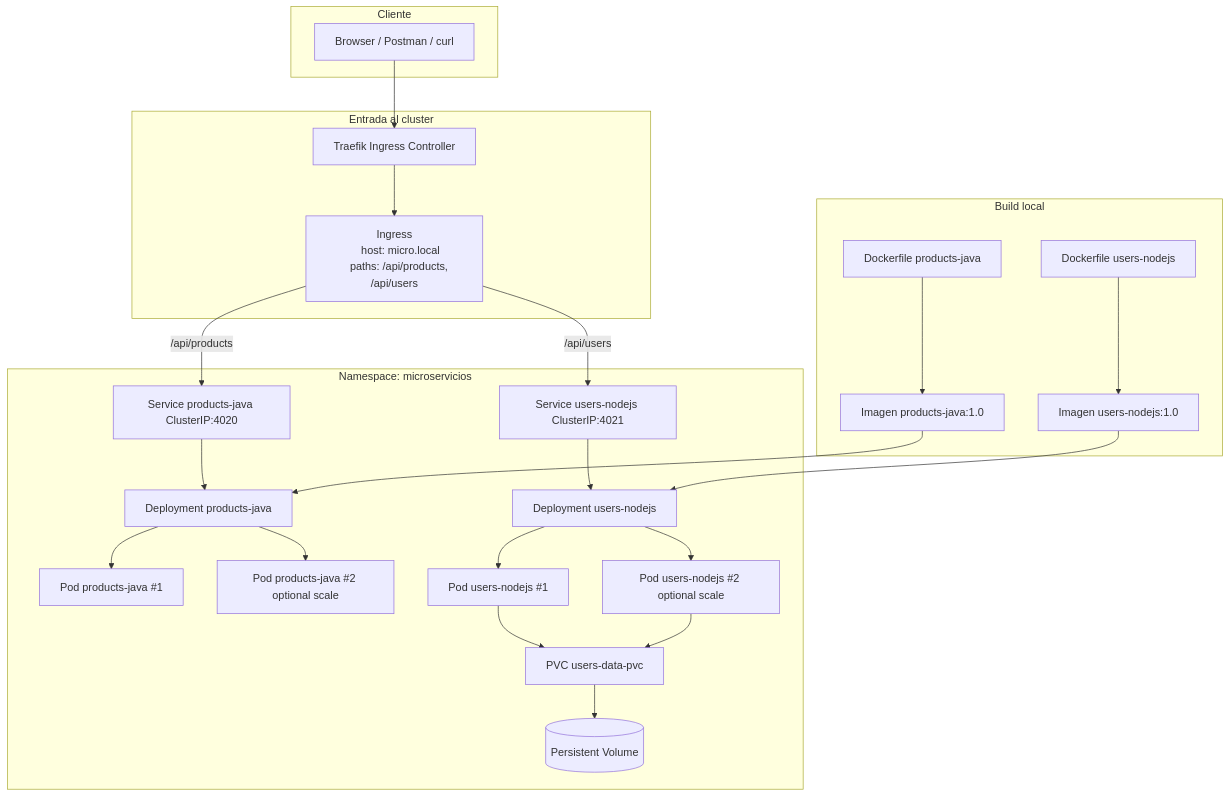
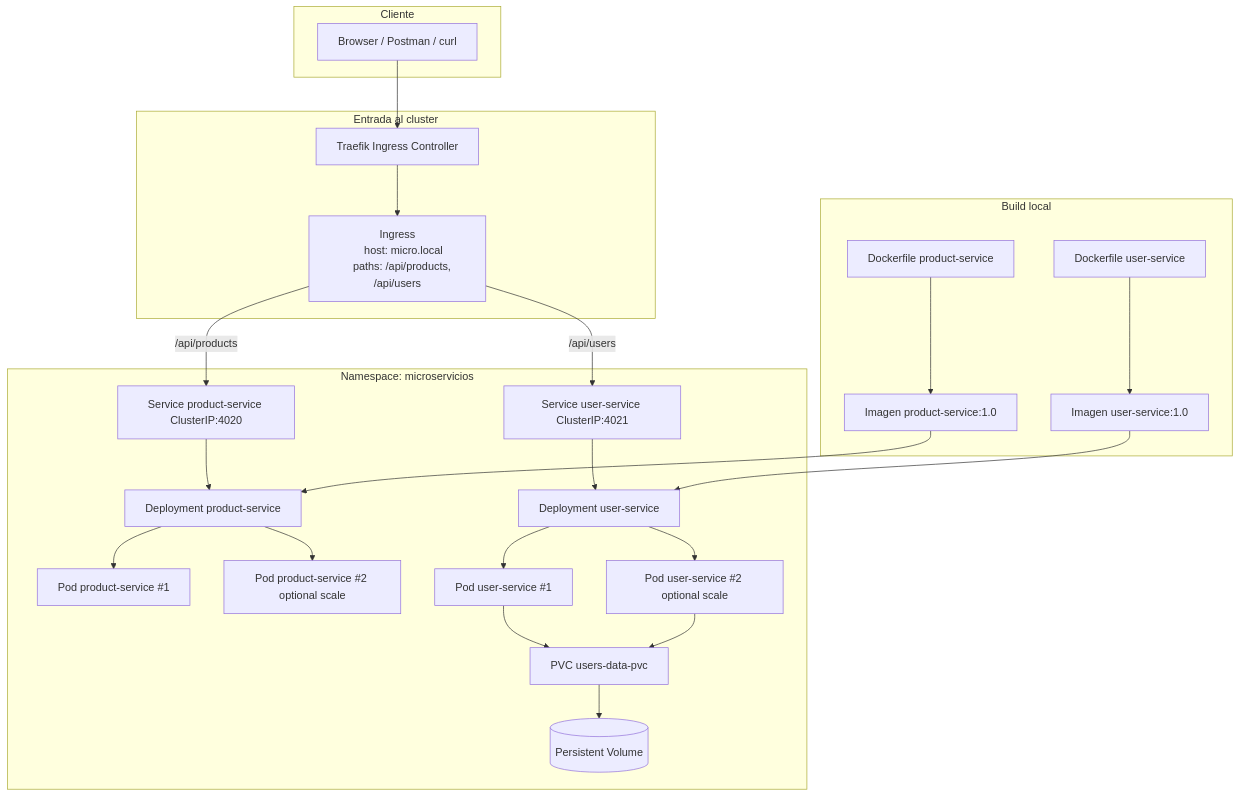
Before and after one commit to docentedev/IaC-example: diagram 14 of 20 in README.md, drawn with Mermaid. The commit also changed other lines of this file and 60 other files, not shown here.

````diff
--- a/README.md
+++ b/README.md
@@ -1768,58 +1771,58 @@
 ```mermaid
 flowchart TB
   subgraph Client[Cliente]
     U[Browser / Postman / curl]
   end
 
   subgraph Entry[Entrada al cluster]
     T[Traefik Ingress Controller]
     I[Ingress
     host: micro.local
     paths: /api/products, /api/users]
   end
 
   subgraph K8s[Namespace: microservicios]
-    SP[Service products-java ClusterIP:4020]
-    SU[Service users-nodejs ClusterIP:4021]
+    SP[Service product-service ClusterIP:4020]
+    SU[Service user-service ClusterIP:4021]
 
-    DP[Deployment products-java]
-    DU[Deployment users-nodejs]
+    DP[Deployment product-service]
+    DU[Deployment user-service]
 
-    PP1[Pod products-java #1]
-    PP2[Pod products-java #2 optional scale]
-    PU1[Pod users-nodejs #1]
-    PU2[Pod users-nodejs #2 optional scale]
+    PP1[Pod product-service #1]
+    PP2[Pod product-service #2 optional scale]
+    PU1[Pod user-service #1]
+    PU2[Pod user-service #2 optional scale]
 
     PVC[PVC users-data-pvc]
     PV[(Persistent Volume)]
   end
 
   subgraph Build[Build local]
-    DJ[Dockerfile products-java]
-    DN[Dockerfile users-nodejs]
-    IMJ[Imagen products-java:1.0]
-    IMN[Imagen users-nodejs:1.0]
+    DJ[Dockerfile product-service]
+    DN[Dockerfile user-service]
+    IMJ[Imagen product-service:1.0]
+    IMN[Imagen user-service:1.0]
   end
 
   U --> T
   T --> I
   I -->|/api/products| SP
   I -->|/api/users| SU
 
   SP --> DP
   SU --> DU
 
   DP --> PP1
   DP --> PP2
   DU --> PU1
   DU --> PU2
 
   PU1 --> PVC
   PU2 --> PVC
   PVC --> PV
 
   DJ --> IMJ
   DN --> IMN
   IMJ --> DP
   IMN --> DU
 ```
````
